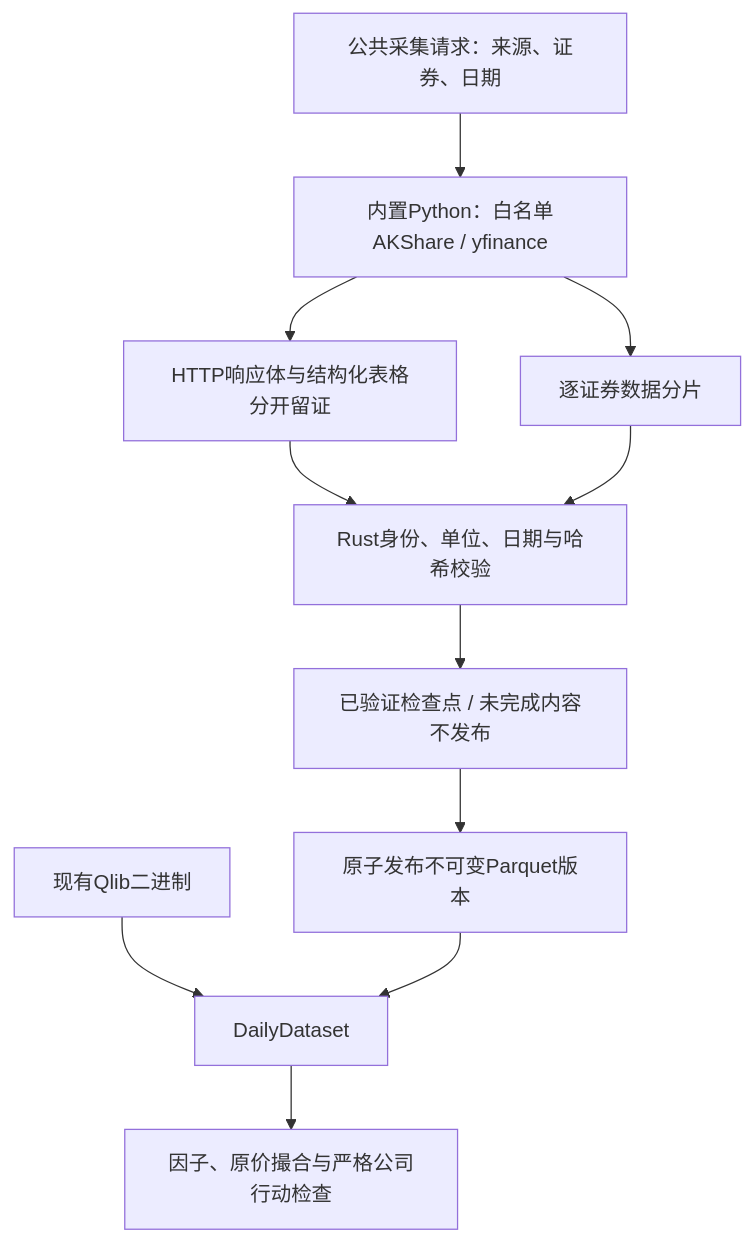
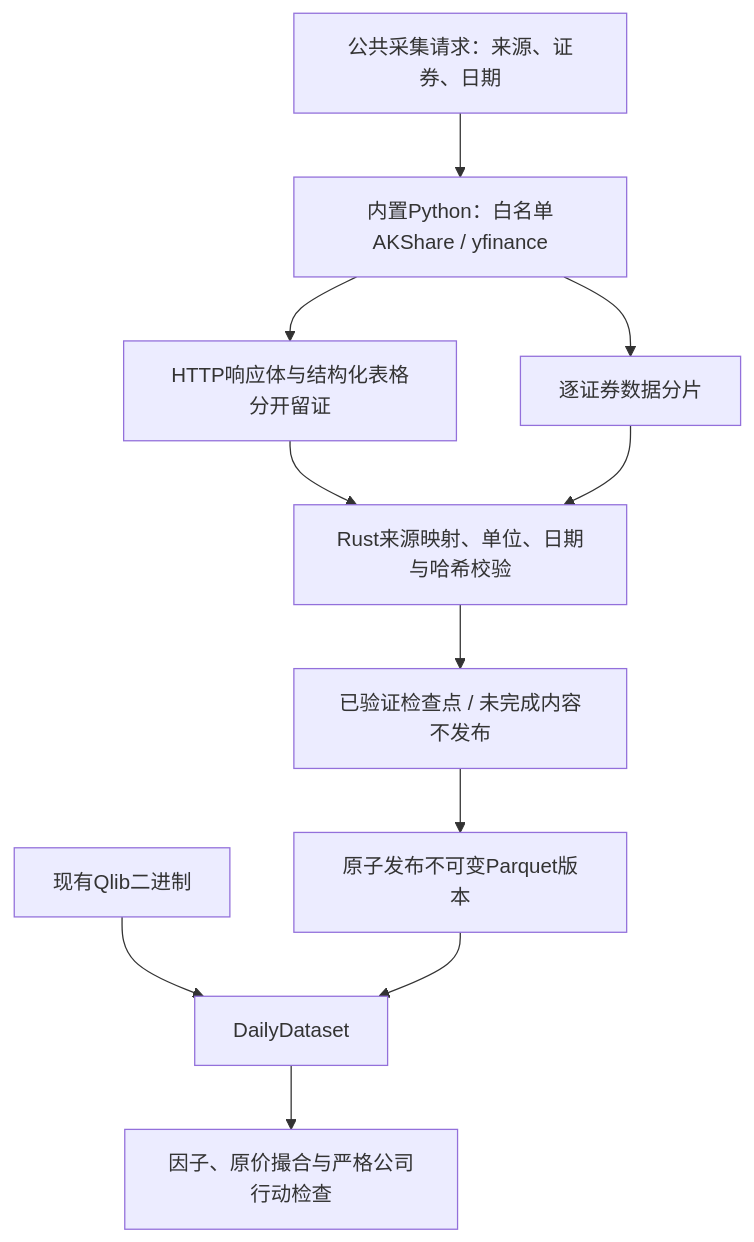
One commit to Dennishaha/JFQuant changed the fourth of 6 diagrams in crates/storage/README.md. Above: the diagram before and after it, drawn with Mermaid. The commit also changed other lines of this file and 71 other files, not shown here.

````diff
--- a/crates/storage/README.md
+++ b/crates/storage/README.md
@@ -177,13 +177,13 @@
 ```mermaid
 flowchart TD
   REQUEST["公共采集请求：来源、证券、日期"] --> CHILD["内置Python：白名单AKShare / yfinance"]
   CHILD --> EVIDENCE["HTTP响应体与结构化表格分开留证"]
   CHILD --> SHARD["逐证券数据分片"]
-  EVIDENCE --> CHECK["Rust身份、单位、日期与哈希校验"]
+  EVIDENCE --> CHECK["Rust来源映射、单位、日期与哈希校验"]
   SHARD --> CHECK
   CHECK --> STAGING["已验证检查点 / 未完成内容不发布"]
   STAGING --> SNAPSHOT["原子发布不可变Parquet版本"]
   QLIB["现有Qlib二进制"] --> DAILY["DailyDataset"]
   SNAPSHOT --> DAILY
   DAILY --> RESEARCH["因子、原价撮合与严格公司行动检查"]
 ```
````
